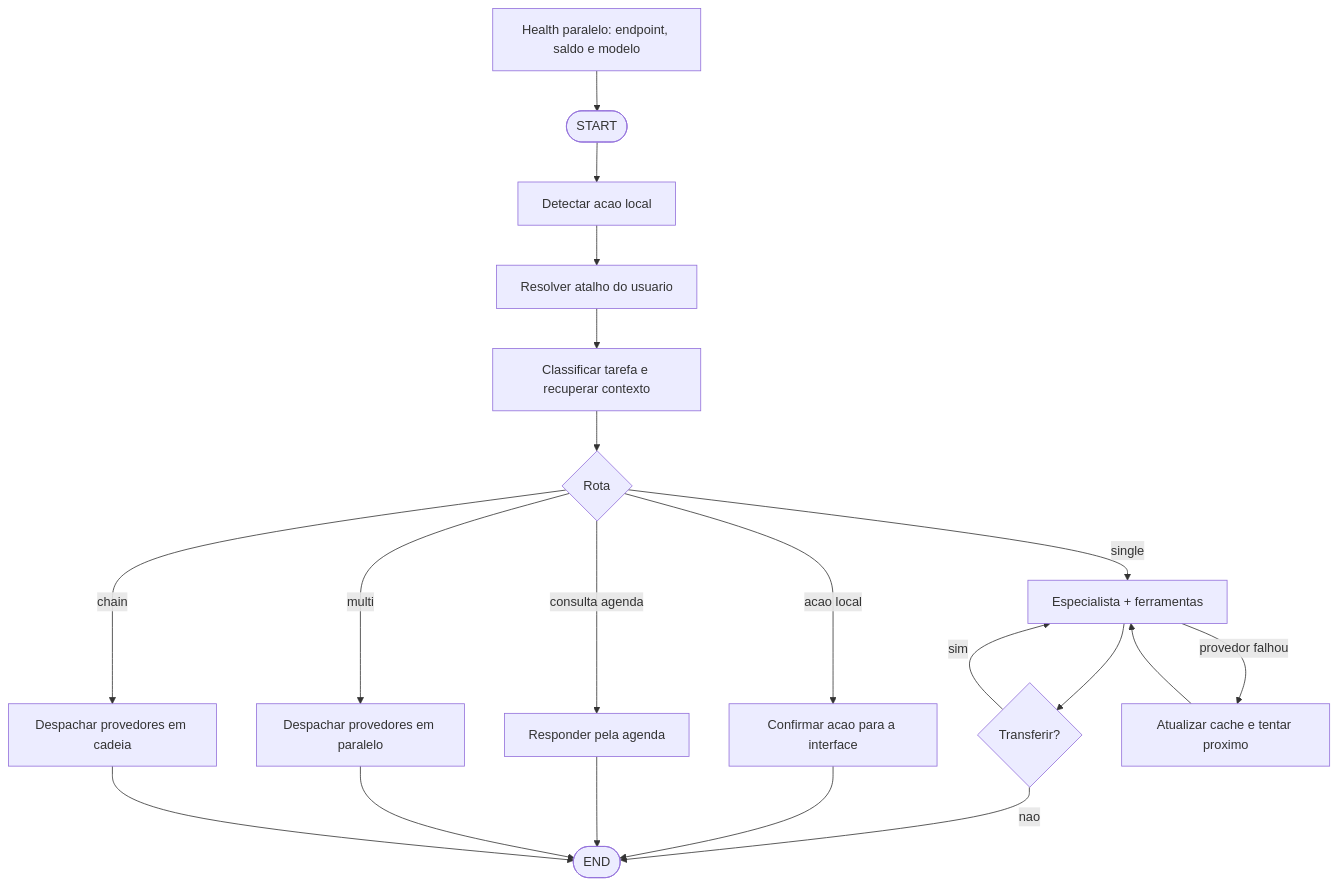
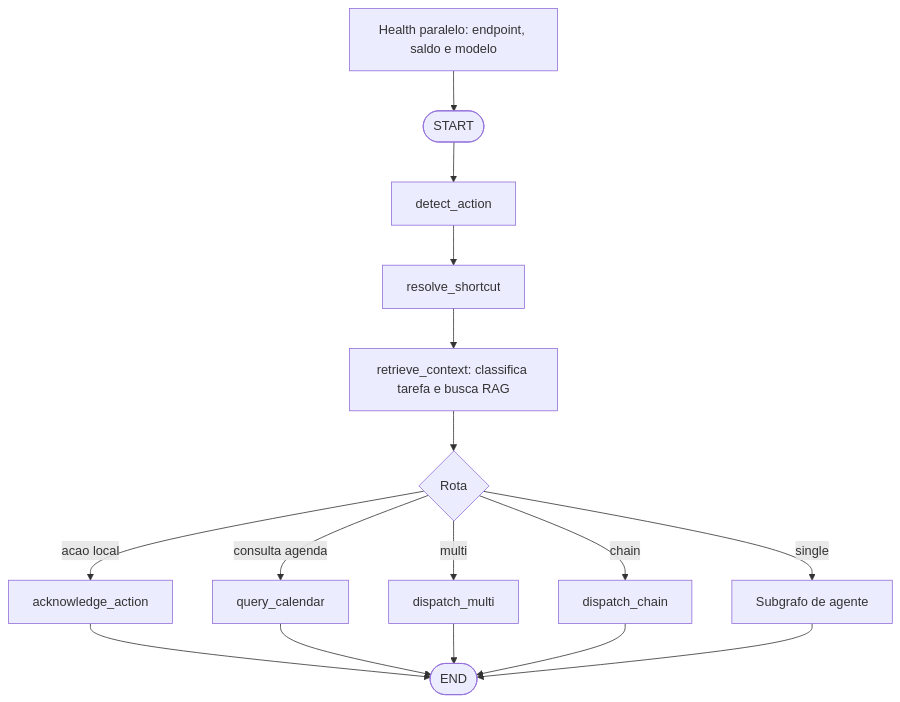
Before and after one commit to m4n1nh0/assistant_app: the fifth of 10 diagrams in README.md, drawn with Mermaid. The commit also changed other lines of this file and 83 other files, not shown here.

````diff
--- a/README.md
+++ b/README.md
@@ -284,22 +323,18 @@
 ```mermaid
 flowchart TD
     Health[Health paralelo: endpoint, saldo e modelo] --> Start([START])
-    Start --> Detect[Detectar acao local]
-    Detect --> Shortcut[Resolver atalho do usuario]
-    Shortcut --> Ctx[Classificar tarefa e recuperar contexto]
+    Start --> Detect[detect_action]
+    Detect --> Shortcut[resolve_shortcut]
+    Shortcut --> Ctx[retrieve_context: classifica tarefa e busca RAG]
     Ctx --> Route{Rota}
-    Route -->|acao local| Ack[Confirmar acao para a interface]
-    Route -->|consulta agenda| Cal[Responder pela agenda]
-    Route -->|single| Agent[Especialista + ferramentas]
-    Route -->|multi| Multi[Despachar provedores em paralelo]
-    Route -->|chain| Chain[Despachar provedores em cadeia]
-    Agent --> Handoff{Transferir?}
-    Agent -->|provedor falhou| Fallback[Atualizar cache e tentar proximo]
-    Fallback --> Agent
-    Handoff -->|sim| Agent
-    Handoff -->|nao| End([END])
-    Ack --> End
+    Route -->|acao local| Ack[acknowledge_action]
+    Route -->|consulta agenda| Cal[query_calendar]
+    Route -->|single| Sub[Subgrafo de agente]
+    Route -->|multi| Multi[dispatch_multi]
+    Route -->|chain| Chain[dispatch_chain]
+    Ack --> End([END])
     Cal --> End
     Multi --> End
     Chain --> End
+    Sub --> End
 ```
````
